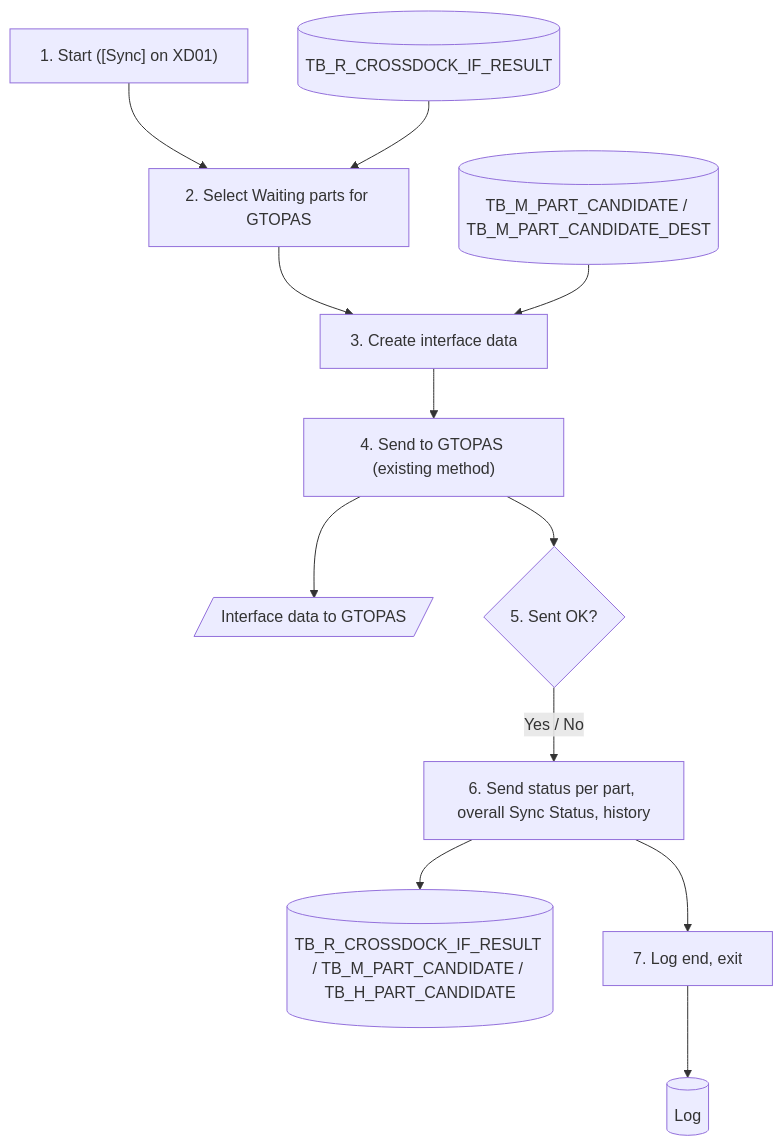
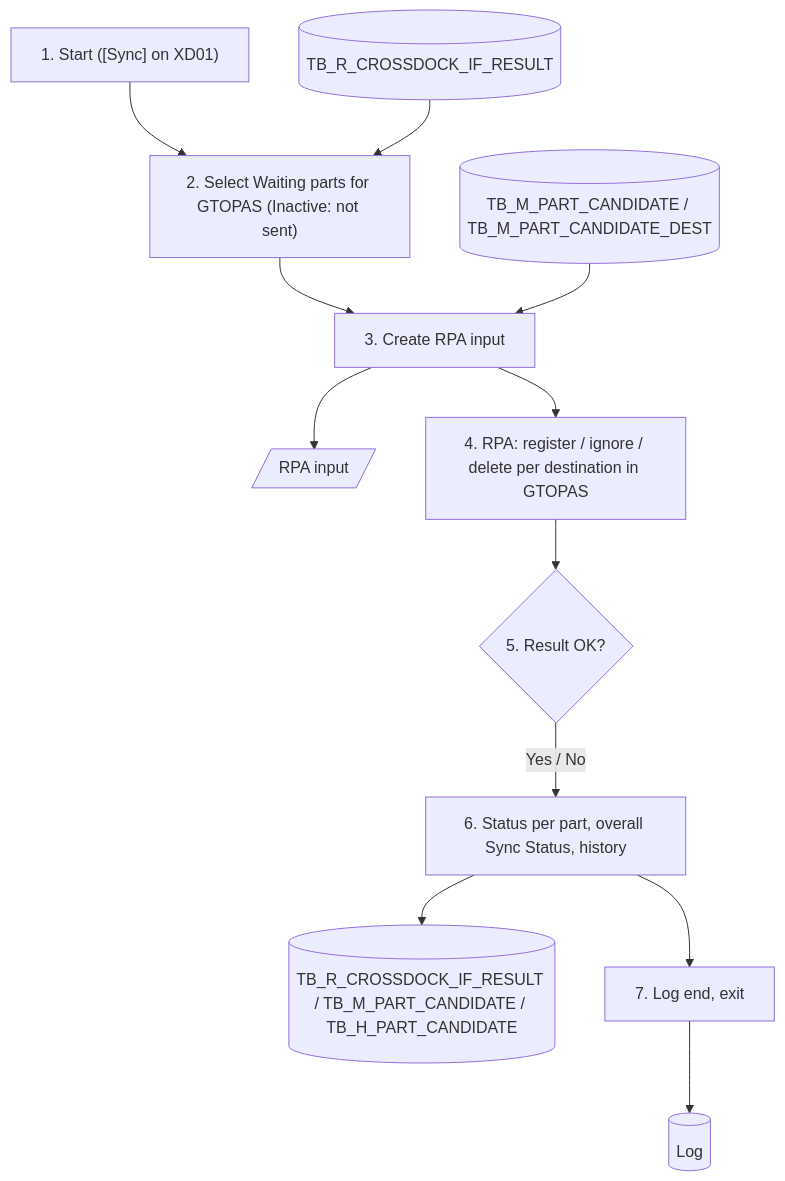
Before and after one commit to ivanrayhannn/crossdockpoc: the second of 2 diagrams in prepare_code/uiss/XD06_Batch_IFCrossDockMasterToGTOPAS.md, drawn with Mermaid. The commit also changed other lines of this file and 15 other files, not shown here.

First line of the commit message:
XD06: cross dock master to GTOPAS by RPA, destination list only

````diff
--- a/prepare_code/uiss/XD06_Batch_IFCrossDockMasterToGTOPAS.md
+++ b/prepare_code/uiss/XD06_Batch_IFCrossDockMasterToGTOPAS.md
@@ -93,26 +92,26 @@
 ```mermaid
 flowchart TB
   p1["1. Start ([Sync] on XD01)"]
   r[("TB_R_CROSSDOCK_IF_RESULT")]
-  p2["2. Select Waiting parts for GTOPAS"]
+  p2["2. Select Waiting parts for GTOPAS (Inactive: not sent)"]
   m[("TB_M_PART_CANDIDATE / TB_M_PART_CANDIDATE_DEST")]
-  p3["3. Create interface data"]
-  p4["4. Send to GTOPAS (existing method)"]
-  x[/"Interface data to GTOPAS"/]
-  d{"5. Sent OK?"}
-  p6["6. Send status per part, overall Sync Status, history"]
+  p3["3. Create RPA input"]
+  x[/"RPA input"/]
+  p4["4. RPA: register / ignore / delete per destination in GTOPAS"]
+  d{"5. Result OK?"}
+  p6["6. Status per part, overall Sync Status, history"]
   o[("TB_R_CROSSDOCK_IF_RESULT / TB_M_PART_CANDIDATE / TB_H_PART_CANDIDATE")]
   p7["7. Log end, exit"]
   log[("Log")]
   p1 --> p2
   r --> p2
   p2 --> p3
   m --> p3
+  p3 --> x
   p3 --> p4
-  p4 --> x
   p4 --> d
   d -->|Yes / No| p6
   p6 --> o
   p6 --> p7
   p7 --> log
 ```
````
